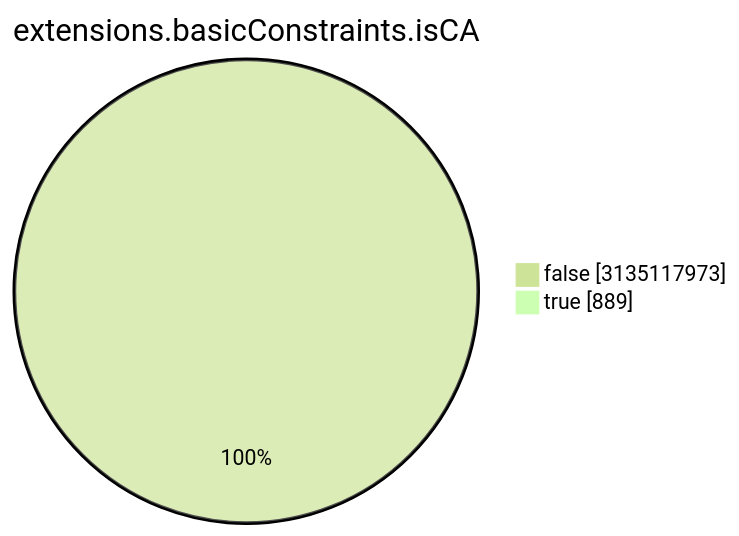
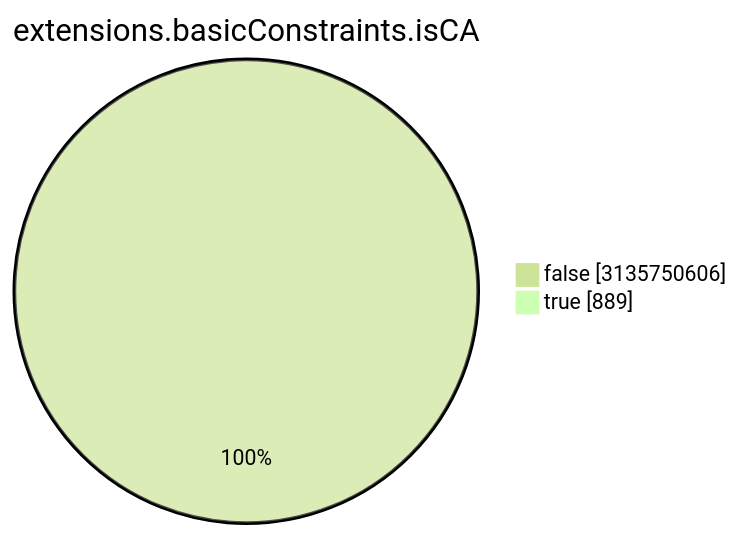
One commit to christiankrug/ctmonitor_visualization changed the seventh of 15 diagrams in TOTAL/README.md. Above: the diagram before and after it, drawn with Mermaid (forest theme). The commit also changed other lines of this file, not shown here.

````diff
--- a/TOTAL/README.md
+++ b/TOTAL/README.md
@@ -3088,6 +3088,6 @@
 ```mermaid
 pie showData
 title extensions.basicConstraints.isCA
-"false" :3135117973
+"false" :3135750606
 "true" :889
 ```
````
